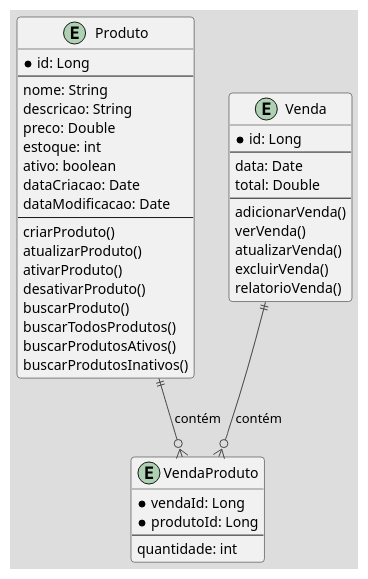
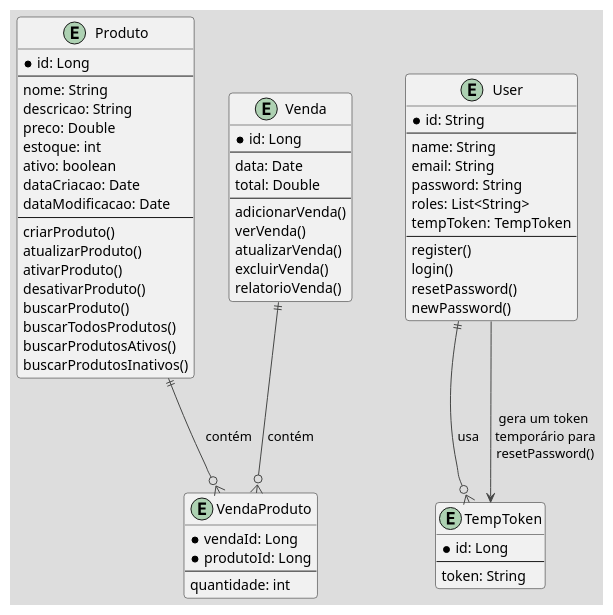
The diagram in src/classes.puml (YoshiDoido/Desafio-3-UOL), drawn with PlantUML before and after one commit.

Commit message:
Diagrama atualizado

```diff
--- a/src/classes.puml
+++ b/src/classes.puml
@@ -1,48 +1,74 @@
 @startuml
 !theme toy
 
 entity "Produto" {
     * id: Long
     --
     nome: String
     descricao: String
     preco: Double
     estoque: int
     ativo: boolean
     dataCriacao: Date
     dataModificacao: Date
     --
     criarProduto()
     atualizarProduto()
     ativarProduto()
     desativarProduto()
     buscarProduto()
     buscarTodosProdutos()
     buscarProdutosAtivos()
     buscarProdutosInativos()
 }
 
 entity "Venda" {
     * id: Long
     --
     data: Date
     total: Double
     --
     adicionarVenda()
     verVenda()
     atualizarVenda()
     excluirVenda()
     relatorioVenda()
 }
 
 entity "VendaProduto" {
     * vendaId: Long
     * produtoId: Long
     --
     quantidade: int
 }
 
+entity "User" {
+    * id: String
+    --
+    name: String
+    email: String
+    password: String
+    roles: List<String>
+    tempToken: TempToken
+    --
+    register()
+    login()
+    resetPassword()
+    newPassword()
+}
+
+entity "TempToken" {
+    * id: Long
+    --
+    token: String
+}
+
+' Relacionamentos existentes
 Produto ||--o{ VendaProduto: contém
 Venda ||--o{ VendaProduto: contém
+User ||--o{ TempToken: usa
+
+' Anotações para explicar o uso de TempToken
+User --> TempToken : "gera um token\n temporário para\n resetPassword()"
 
 @enduml
```
